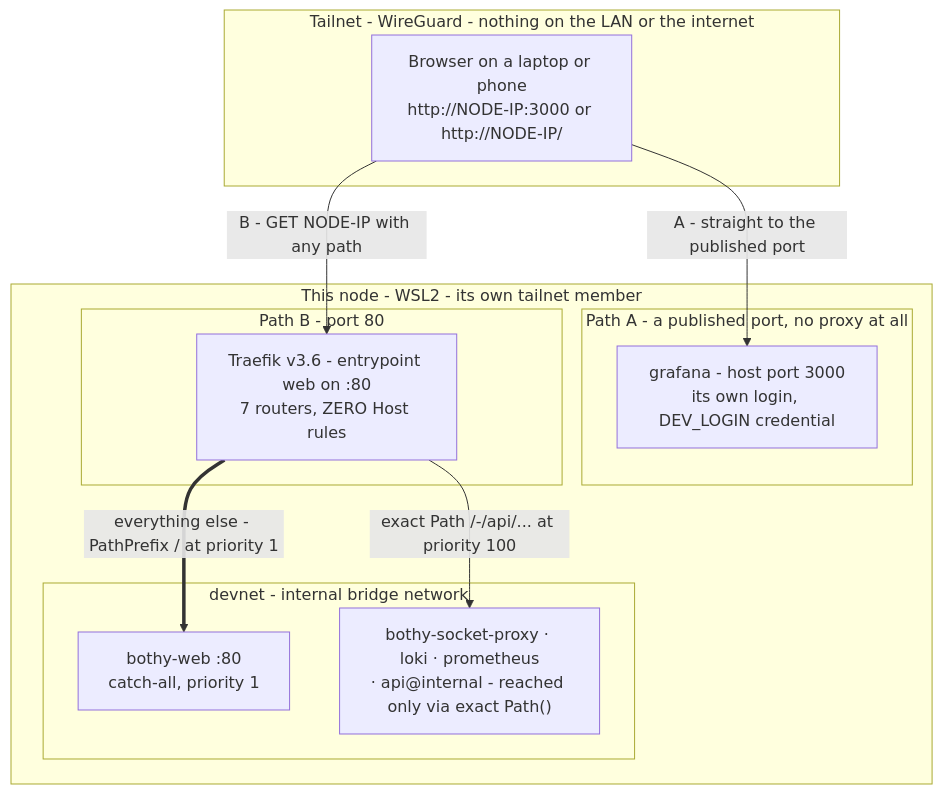
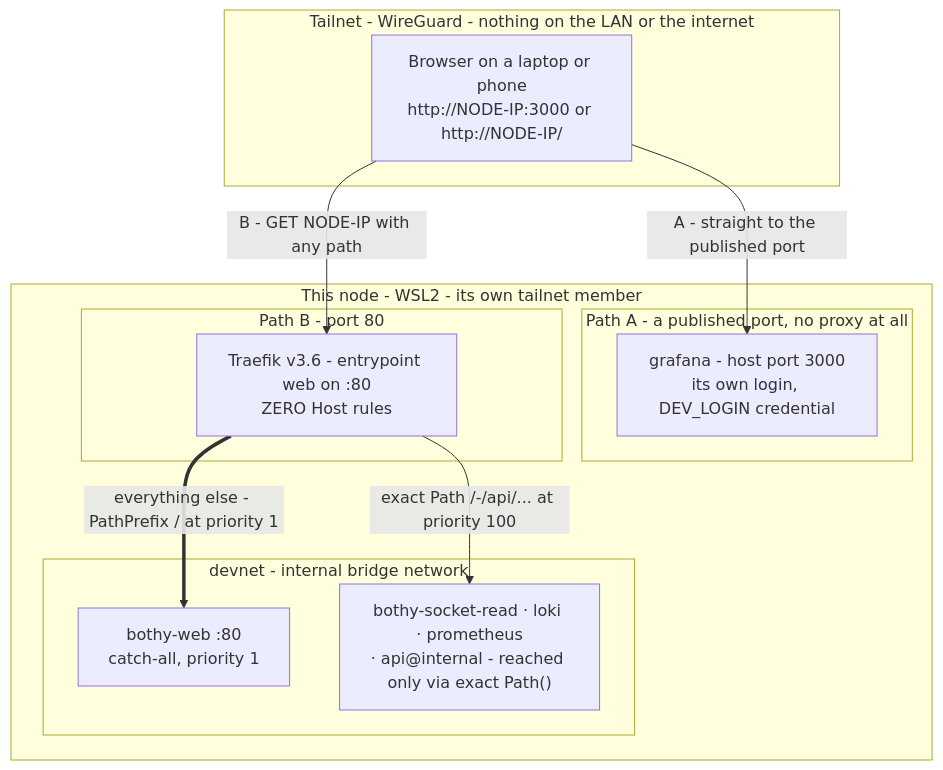
The diagram in docs/diagrams/request-path.mmd (YehudaBriskman/Bothy), drawn with Mermaid before and after one commit. The commit also changed 18 other files, not shown here.

First line of the commit message:
docs: SECURITY, ARCHITECTURE, guide, README and diagrams describe five containers

```diff
--- a/docs/diagrams/request-path.mmd
+++ b/docs/diagrams/request-path.mmd
@@ -1,24 +1,24 @@
 flowchart TB
     subgraph s_tailnet["Tailnet - WireGuard - nothing on the LAN or the internet"]
         BROWSER["Browser on a laptop or phone<br/>http://NODE-IP:3000 or http://NODE-IP/"]
     end
 
     subgraph s_box["This node - WSL2 - its own tailnet member"]
         subgraph s_direct["Path A - a published port, no proxy at all"]
             GRAF["grafana - host port 3000<br/>its own login, DEV_LOGIN credential"]
         end
 
         subgraph s_edge["Path B - port 80"]
-            TRAEFIK["Traefik v3.6 - entrypoint web on :80<br/>7 routers, ZERO Host rules"]
+            TRAEFIK["Traefik v3.6 - entrypoint web on :80<br/>ZERO Host rules"]
         end
 
         subgraph s_devnet["devnet - internal bridge network"]
             PNEXT["bothy-web :80<br/>catch-all, priority 1"]
-            APIS["bothy-socket-proxy · loki · prometheus<br/>· api@internal - reached only via exact Path()"]
+            APIS["bothy-socket-read · loki · prometheus<br/>· api@internal - reached only via exact Path()"]
         end
     end
 
     BROWSER -->|"A - straight to the published port"| GRAF
     BROWSER -->|"B - GET NODE-IP with any path"| TRAEFIK
     TRAEFIK -->|"exact Path /-/api/... at priority 100"| APIS
     TRAEFIK ==>|"everything else - PathPrefix / at priority 1"| PNEXT
```
